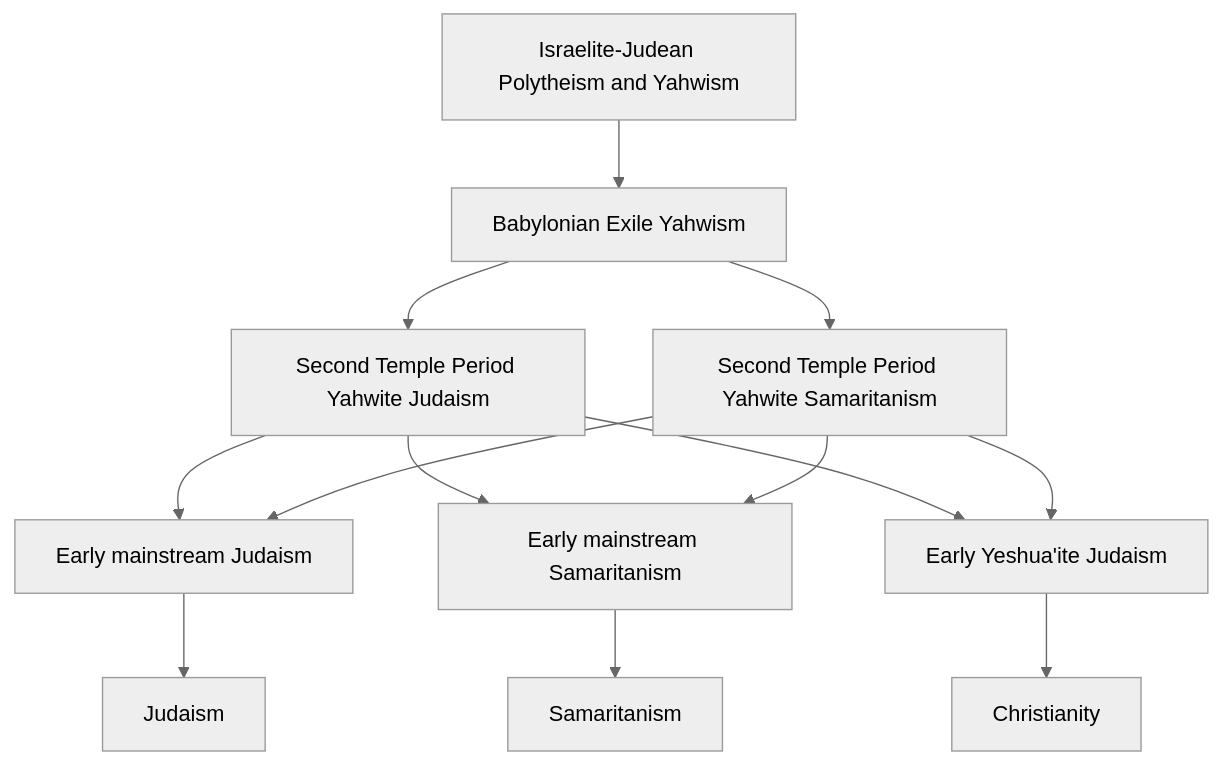
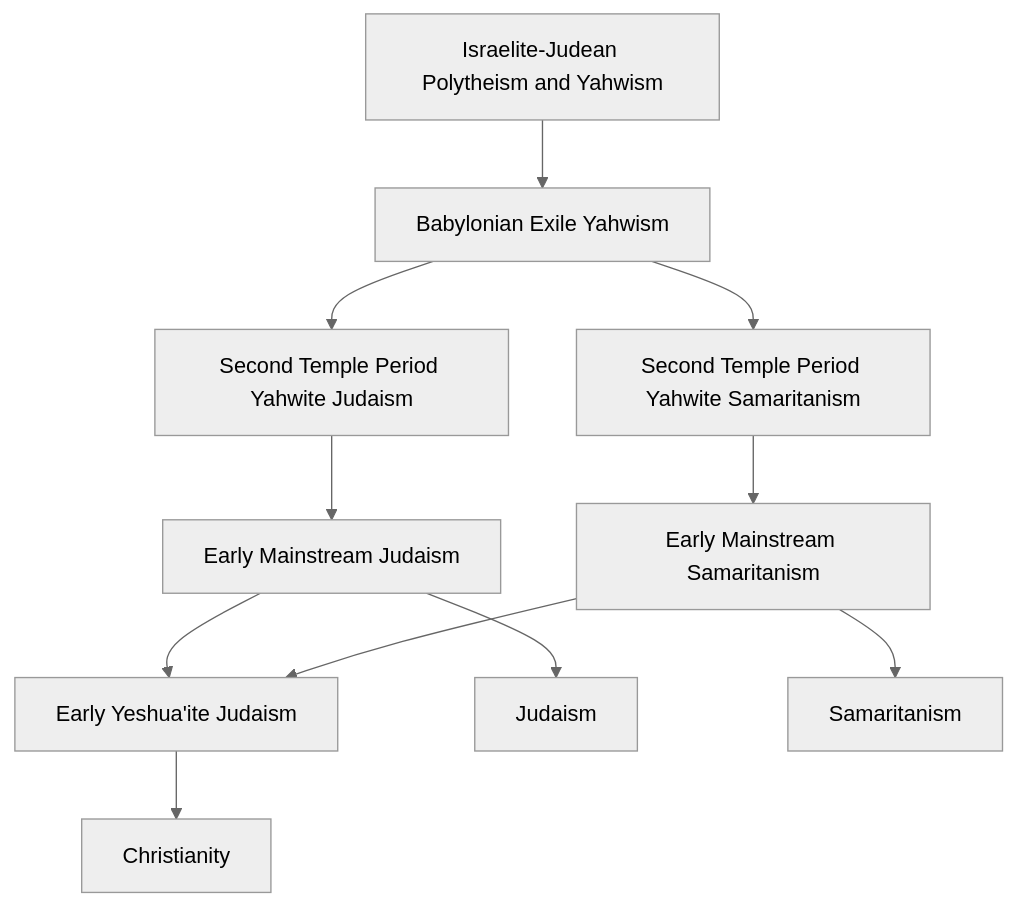
The diagram in emergence_of_judaism_and_samaritanism.mermaid (bendqh1/mermaid), drawn with Mermaid (neutral theme) before and after one commit.

```diff
--- a/emergence_of_judaism_and_samaritanism.mermaid
+++ b/emergence_of_judaism_and_samaritanism.mermaid
@@ -1,13 +1,15 @@
 flowchart TD
     A1[Israelite-Judean Polytheism and Yahwism]
     A1 --> A2[Babylonian Exile Yahwism]
     A2 --> A3[Second Temple Period Yahwite Judaism] 
     A2 --> A4[Second Temple Period Yahwite Samaritanism]
 
-    A3 & A4 --> B1[Early mainstream Judaism]
-    A3 & A4 --> B2[Early mainstream Samaritanism]
-    A3 & A4 --> B3[Early Yeshua'ite Judaism]
+    A3 --> B1[Early Mainstream Judaism]
+    A4 --> B2[Early Mainstream Samaritanism]
+    
+    B1 & B2 --> XX1[Early Yeshua'ite Judaism]
 
     B1 --> C1[Judaism]
     B2 --> C2[Samaritanism]
-    B3 --> C3[Christianity]
+
+    XX1 --> C3[Christianity]
```
